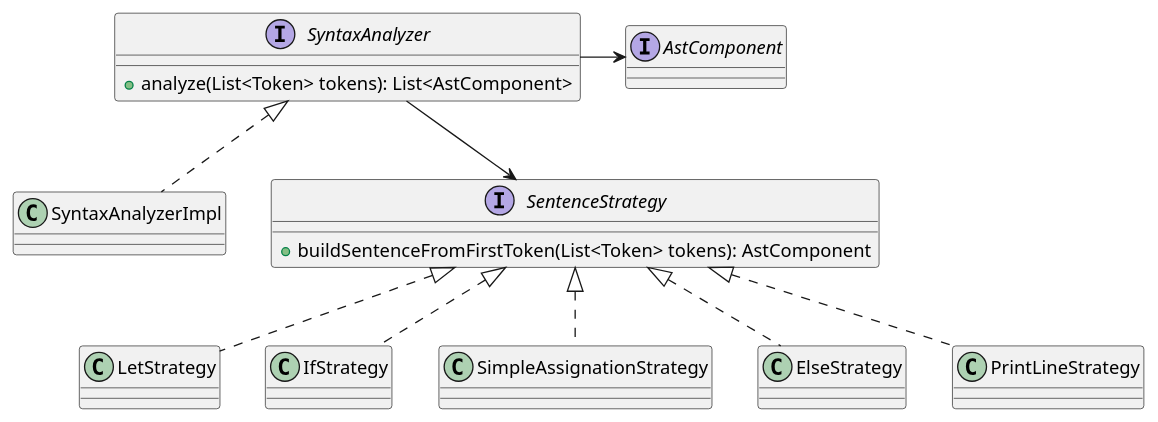
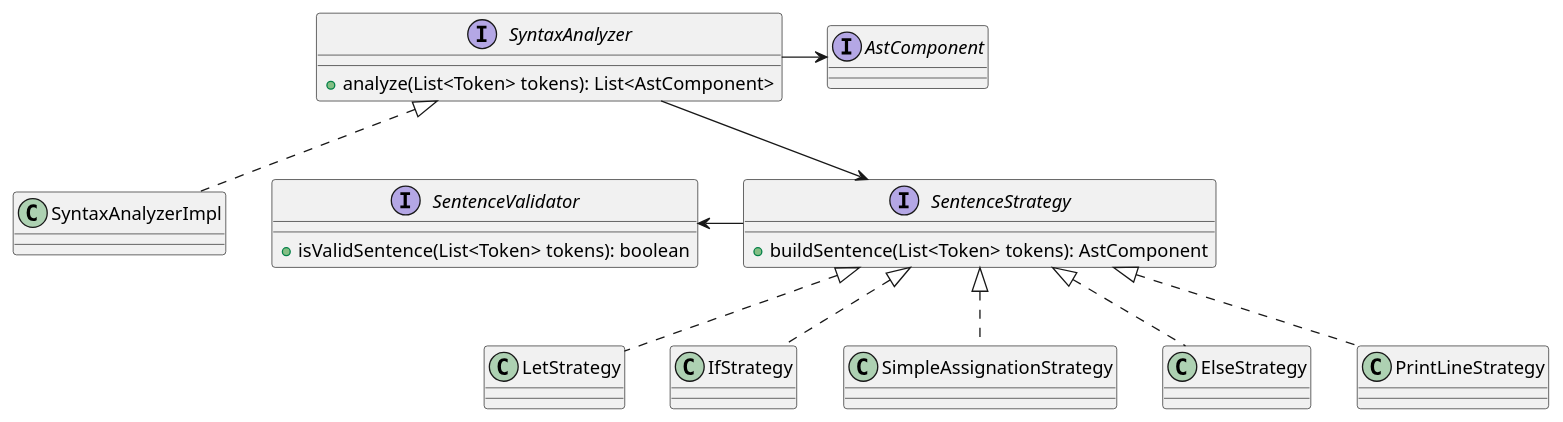
One commit to Al-Fajor/printscript changed the diagram in diagrams/syntax/class diagram.puml. Above: the diagram before and after it, drawn with PlantUML. The commit also changed 32 other files, not shown here.

```diff
--- a/diagrams/syntax/class diagram.puml
+++ b/diagrams/syntax/class diagram.puml
@@ -1,23 +1,28 @@
 @startuml
 
 interface SyntaxAnalyzer{
     +analyze(List<Token> tokens): List<AstComponent>
 }
 class SyntaxAnalyzerImpl implements SyntaxAnalyzer
 
 interface SentenceStrategy{
-    +buildSentenceFromFirstToken(List<Token> tokens): AstComponent
+    +buildSentence(List<Token> tokens): AstComponent
 }
 
 class LetStrategy implements SentenceStrategy
 class IfStrategy implements SentenceStrategy
 class SimpleAssignationStrategy implements SentenceStrategy
 class ElseStrategy implements SentenceStrategy
 class PrintLineStrategy implements SentenceStrategy
 
 interface AstComponent
 
+interface SentenceValidator{
+    +isValidSentence(List<Token> tokens): boolean
+}
+
 'Relations
 SyntaxAnalyzer -> AstComponent
 SyntaxAnalyzer --> SentenceStrategy
+SentenceValidator <- SentenceStrategy
 @enduml
```
